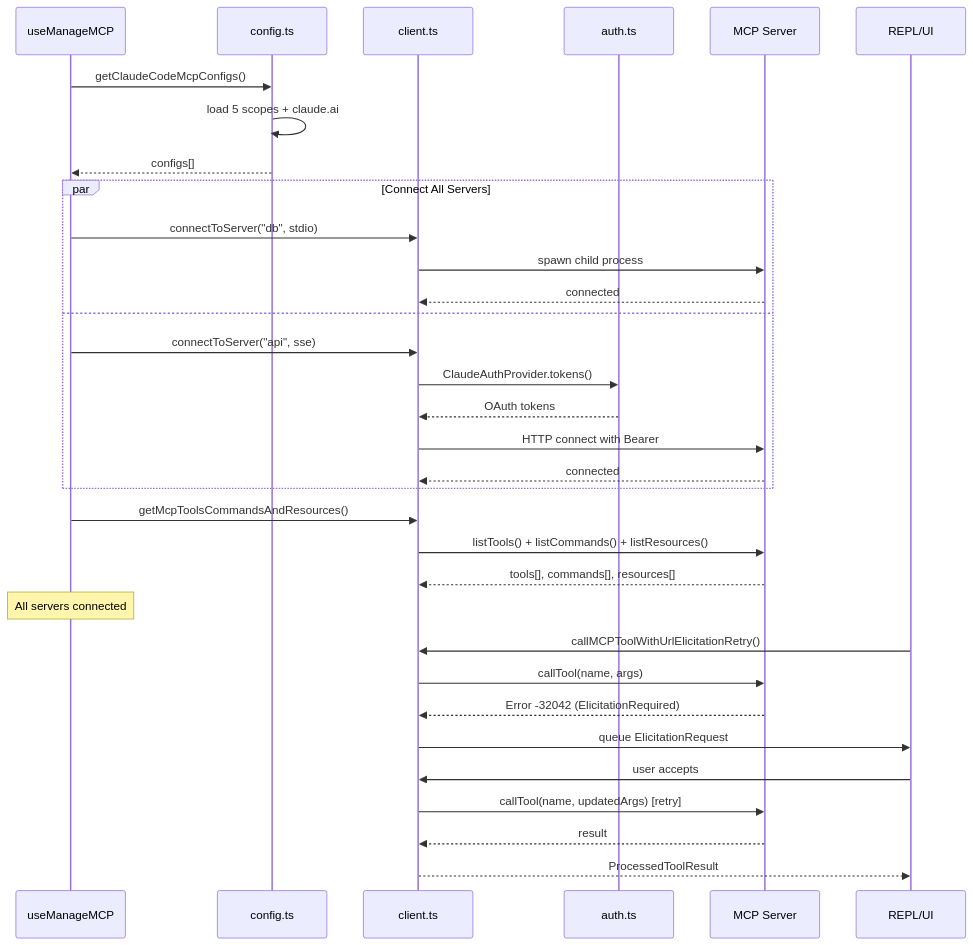
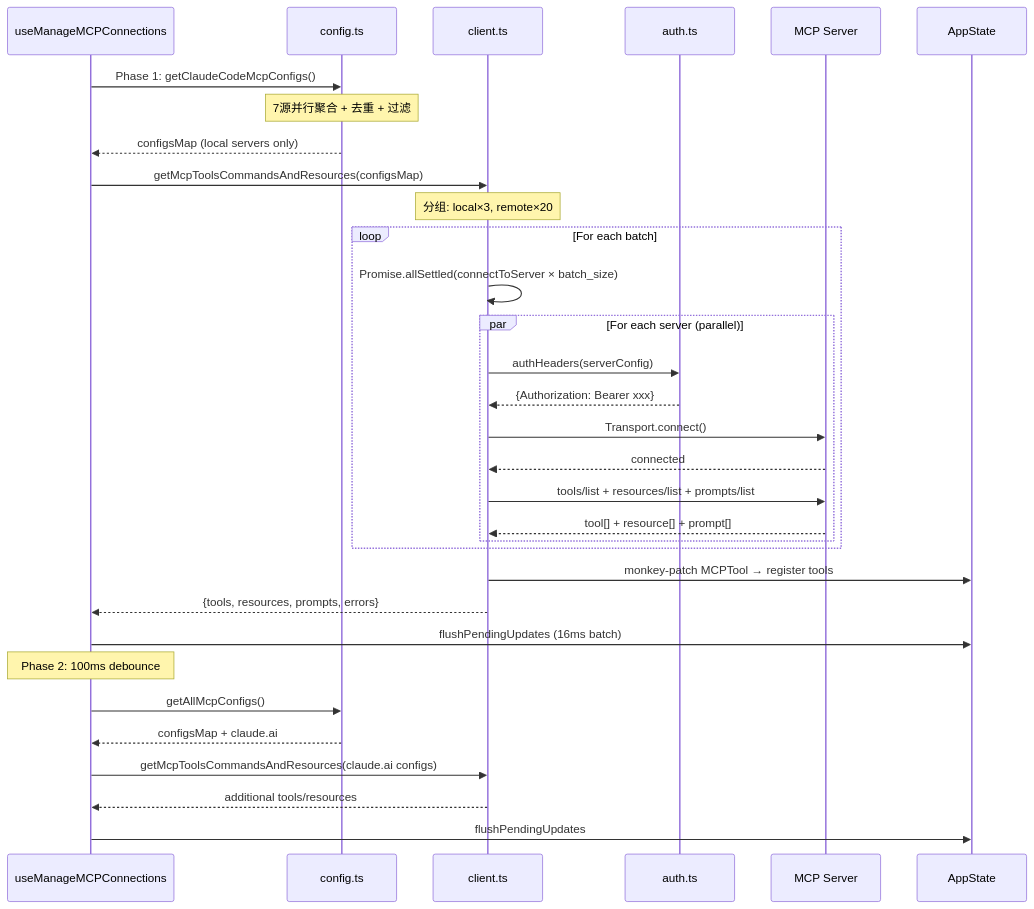
The fifth of 8 diagrams in branches/main/task-analyses/T-08-mcp-integration.md (LiuYuuChen/clawcode_analysis), drawn with Mermaid before and after one commit. The commit also changed other lines of this file and 137 other files, not shown here.

````diff
--- a/branches/main/task-analyses/T-08-mcp-integration.md
+++ b/branches/main/task-analyses/T-08-mcp-integration.md
@@ -520,40 +833,36 @@
 ```mermaid
 sequenceDiagram
-    participant Hook as useManageMCP
+    participant Hook as useManageMCPConnections
     participant Config as config.ts
     participant Client as client.ts
     participant Auth as auth.ts
     participant Server as MCP Server
-    participant REPL as REPL/UI
+    participant Store as AppState
 
-    Hook->>Config: getClaudeCodeMcpConfigs()
-    Config->>Config: load 5 scopes + claude.ai
-    Config-->>Hook: configs[]
+    Hook->>Config: Phase 1: getClaudeCodeMcpConfigs()
+    Note over Config: 7源并行聚合 + 去重 + 过滤
+    Config-->>Hook: configsMap (local servers only)
+    Hook->>Client: getMcpToolsCommandsAndResources(configsMap)
+    Note over Client: 分组: local×3, remote×20
+    loop For each batch
+        Client->>Client: Promise.allSettled(connectToServer × batch_size)
+        par For each server (parallel)
+            Client->>Auth: authHeaders(serverConfig)
+            Auth-->>Client: {Authorization: Bearer xxx}
+            Client->>Server: Transport.connect()
+            Server-->>Client: connected
+            Client->>Server: tools/list + resources/list + prompts/list
+            Server-->>Client: tool[] + resource[] + prompt[]
+        end
+    end
+    Client->>Store: monkey-patch MCPTool → register tools
+    Client-->>Hook: {tools, resources, prompts, errors}
+    Hook->>Store: flushPendingUpdates (16ms batch)
 
-    par Connect All Servers
-        Hook->>Client: connectToServer("db", stdio)
-        Client->>Server: spawn child process
-        Server-->>Client: connected
-    and
-        Hook->>Client: connectToServer("api", sse)
-        Client->>Auth: ClaudeAuthProvider.tokens()
-        Auth-->>Client: OAuth tokens
-        Client->>Server: HTTP connect with Bearer
-        Server-->>Client: connected
-    end
-
-    Hook->>Client: getMcpToolsCommandsAndResources()
-    Client->>Server: listTools() + listCommands() + listResources()
-    Server-->>Client: tools[], commands[], resources[]
-
-    Note over Hook: All servers connected
-
-    REPL->>Client: callMCPToolWithUrlElicitationRetry()
-    Client->>Server: callTool(name, args)
-    Server-->>Client: Error -32042 (ElicitationRequired)
-    Client->>REPL: queue ElicitationRequest
-    REPL->>Client: user accepts
-    Client->>Server: callTool(name, updatedArgs) [retry]
-    Server-->>Client: result
-    Client-->>REPL: ProcessedToolResult
+    Note over Hook: Phase 2: 100ms debounce
+    Hook->>Config: getAllMcpConfigs()
+    Config-->>Hook: configsMap + claude.ai
+    Hook->>Client: getMcpToolsCommandsAndResources(claude.ai configs)
+    Client-->>Hook: additional tools/resources
+    Hook->>Store: flushPendingUpdates
 ```
````
